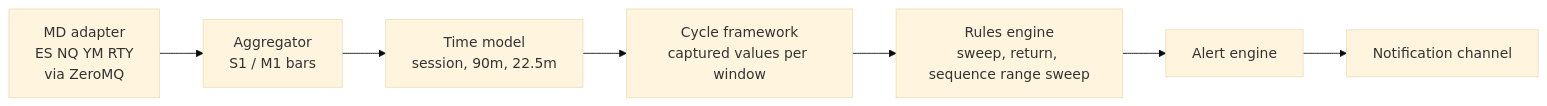
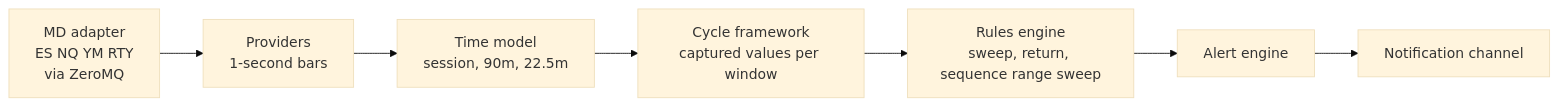
The first of 2 diagrams in documents/implementation_strategy/00_overview.md (parvanescu/ict-backtest-engine), drawn with Mermaid (base theme) before and after one commit. The commit also changed other lines of this file and 551 other files, not shown here.

````diff
--- a/documents/implementation_strategy/00_overview.md
+++ b/documents/implementation_strategy/00_overview.md
@@ -40,9 +42,9 @@
 ```mermaid
 flowchart LR
-    A[MD adapter<br/>ES NQ YM RTY<br/>via ZeroMQ] --> B[Aggregator<br/>S1 / M1 bars]
+    A[MD adapter<br/>ES NQ YM RTY<br/>via ZeroMQ] --> B[Providers<br/>1-second bars]
     B --> C[Time model<br/>session, 90m, 22.5m]
     C --> D[Cycle framework<br/>captured values per window]
     D --> E[Rules engine<br/>sweep, return, sequence range sweep]
     E --> F[Alert engine]
     F --> G[Notification channel]
 ```
````
